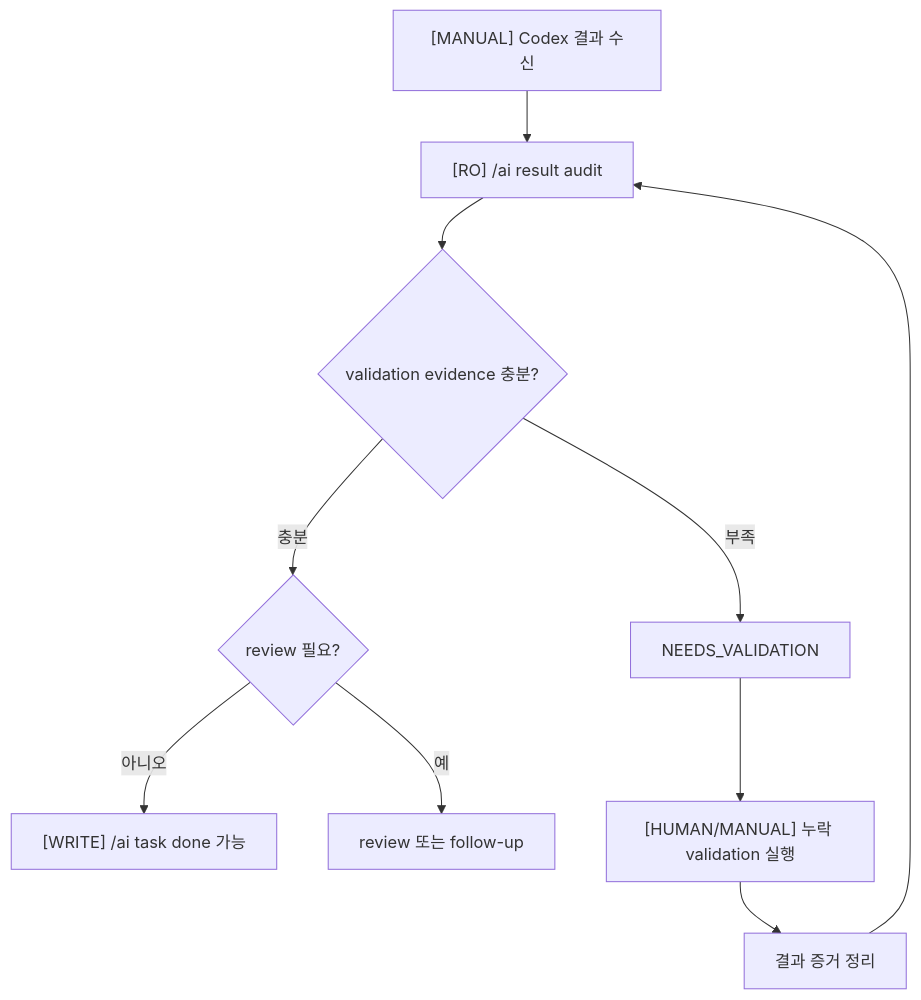
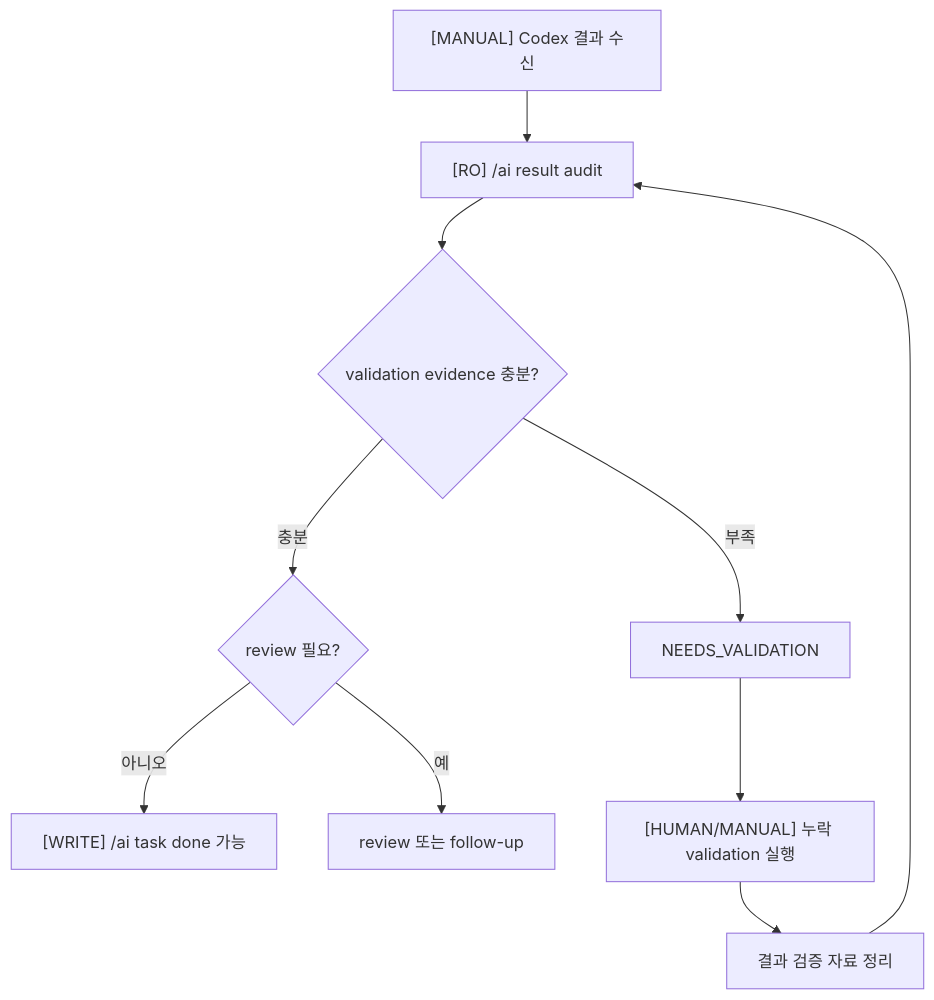
One commit to cv-918/play-ground changed the fourth of 5 diagrams in _Docs/AIWorkflow/AIWorkflow_Flowchart_KR.md. Above: the diagram before and after it, drawn with Mermaid. The commit also changed 10 other files, not shown here.

````diff
--- a/_Docs/AIWorkflow/AIWorkflow_Flowchart_KR.md
+++ b/_Docs/AIWorkflow/AIWorkflow_Flowchart_KR.md
@@ -95,12 +95,12 @@
 ```mermaid
 flowchart TD
     A["[MANUAL] Codex 결과 수신"] --> B["[RO] /ai result audit"]
     B --> C{"validation evidence 충분?"}
     C -- 충분 --> D{"review 필요?"}
     D -- 아니오 --> E["[WRITE] /ai task done 가능"]
     D -- 예 --> F["review 또는 follow-up"]
     C -- 부족 --> G["NEEDS_VALIDATION"]
     G --> H["[HUMAN/MANUAL] 누락 validation 실행"]
-    H --> I["결과 증거 정리"]
+    H --> I["결과 검증 자료 정리"]
     I --> B
 ```
````
